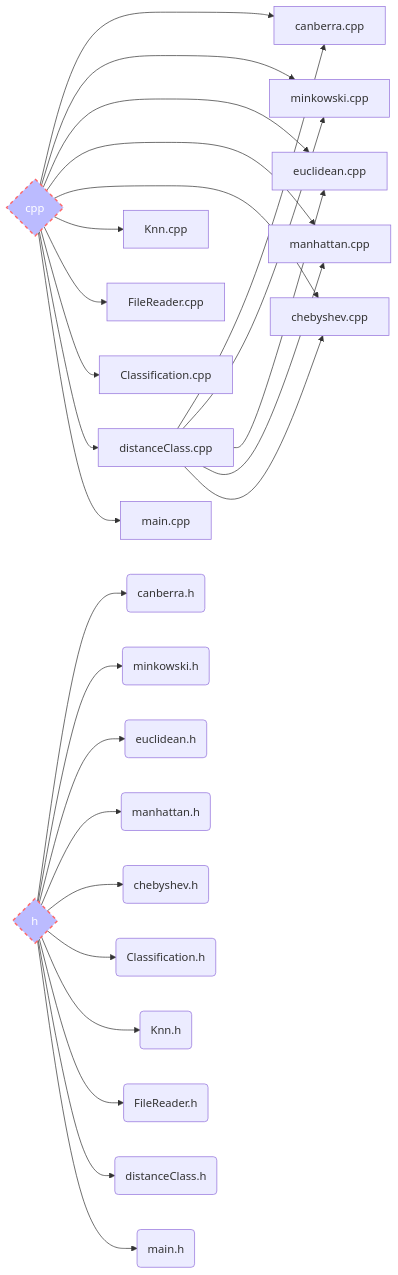
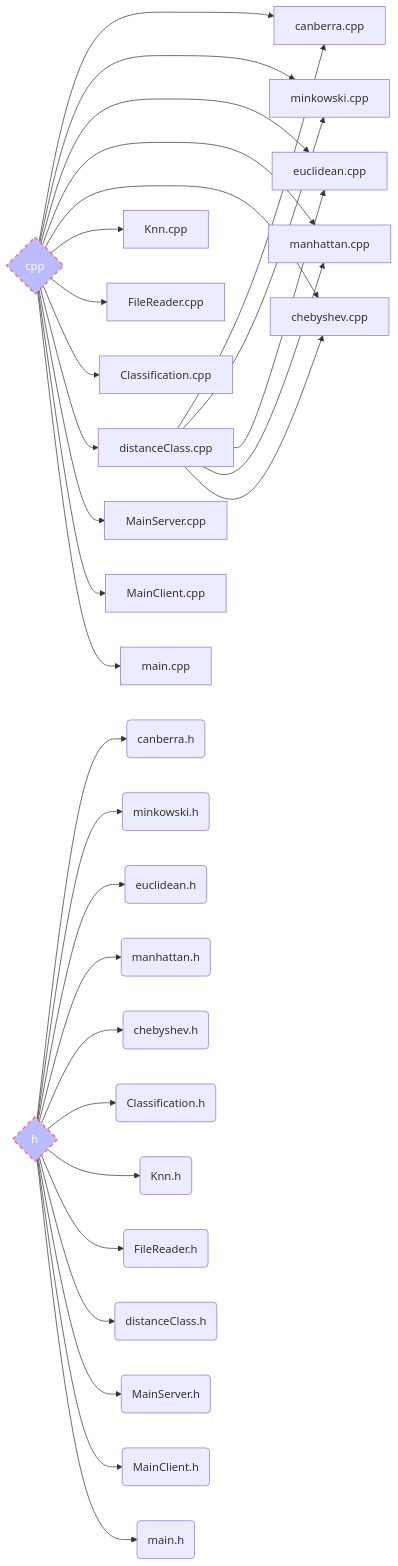
The second of 2 diagrams in README.md (zildogga/KNN-and-Sockets), drawn with Mermaid before and after one commit. The commit also changed other lines of this file, not shown here.

````diff
--- a/README.md
+++ b/README.md
@@ -118,31 +154,35 @@
 ```mermaid
 flowchart LR;
 id2{cpp}-->canberra.cpp
 id2{cpp}-->minkowski.cpp
 id2{cpp}-->euclidean.cpp
 id2{cpp}-->manhattan.cpp
 id2{cpp}-->chebyshev.cpp
 id2{cpp}-->Knn.cpp
 id2{cpp}-->FileReader.cpp
 id2{cpp}-->Classification.cpp
 id2{cpp}-->distanceClass.cpp
 distanceClass.cpp-->canberra.cpp
 distanceClass.cpp-->minkowski.cpp
 distanceClass.cpp-->euclidean.cpp
 distanceClass.cpp-->manhattan.cpp
 distanceClass.cpp-->chebyshev.cpp
+id2{cpp}-->MainServer.cpp
+id2{cpp}-->MainClient.cpp
 id2{cpp}-->main.cpp
 id3{h}-->canberra.h(canberra.h)
 id3{h}-->minkowski.h(minkowski.h)
 id3{h}-->euclidean.h(euclidean.h)
 id3{h}-->manhattan.h(manhattan.h)
 id3{h}-->chebyshev.h(chebyshev.h)
 id3{h}-->Classification.h(Classification.h)
 id3{h}-->Knn.h(Knn.h)
 id3{h}-->FileReader.h(FileReader.h)
 id3{h}-->distanceClass.h(distanceClass.h)
+id3{h}-->MainServer.h(MainServer.h)
+id3{h}-->MainClient.h(MainClient.h)
 id3{h}-->main.h(main.h)
 style id2 fill:#bbf,stroke:#f66,stroke-width:2px,color:#fff,stroke-dasharray: 5 5
 style id3 fill:#bbf,stroke:#f66,stroke-width:2px,color:#fff,stroke-dasharray: 5 5
 
 ```
````
